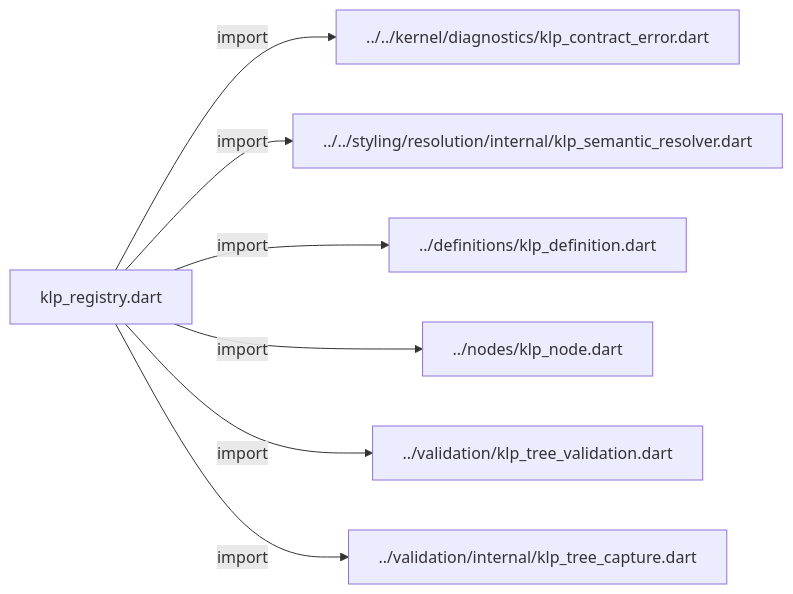
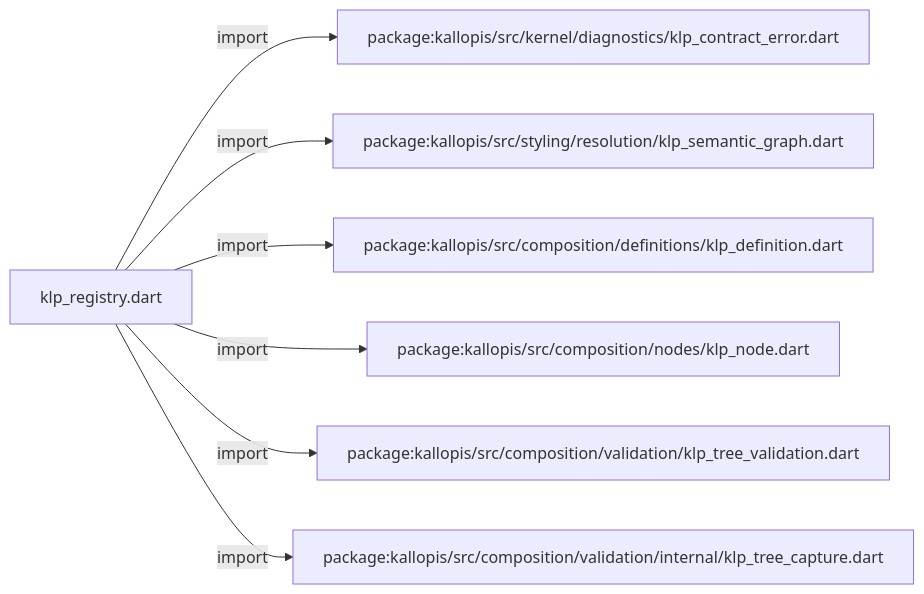
Before and after one commit to MiuDog/Kallopis: the first of 2 diagrams in docs/architecture/src/composition/registry/klp_registry.md, drawn with Mermaid. The commit also changed other lines of this file and 9688 other files, not shown here.

Commit message:
Prepare isolated Flow F2 peer baseline

````diff
--- a/docs/architecture/src/composition/registry/klp_registry.md
+++ b/docs/architecture/src/composition/registry/klp_registry.md
@@ -11,16 +11,16 @@
 ```mermaid
 flowchart LR
 	n0["klp_registry.dart"]
-	n1["../../kernel/diagnostics/klp_contract_error.dart"]
-	n2["../../styling/resolution/internal/klp_semantic_resolver.dart"]
-	n3["../definitions/klp_definition.dart"]
-	n4["../nodes/klp_node.dart"]
-	n5["../validation/klp_tree_validation.dart"]
-	n6["../validation/internal/klp_tree_capture.dart"]
+	n1["package:kallopis/src/kernel/diagnostics/klp_contract_error.dart"]
+	n2["package:kallopis/src/styling/resolution/klp_semantic_graph.dart"]
+	n3["package:kallopis/src/composition/definitions/klp_definition.dart"]
+	n4["package:kallopis/src/composition/nodes/klp_node.dart"]
+	n5["package:kallopis/src/composition/validation/klp_tree_validation.dart"]
+	n6["package:kallopis/src/composition/validation/internal/klp_tree_capture.dart"]
 	n0 -->|"import"| n1
 	n0 -->|"import"| n2
 	n0 -->|"import"| n3
 	n0 -->|"import"| n4
 	n0 -->|"import"| n5
 	n0 -->|"import"| n6
 ```
````
